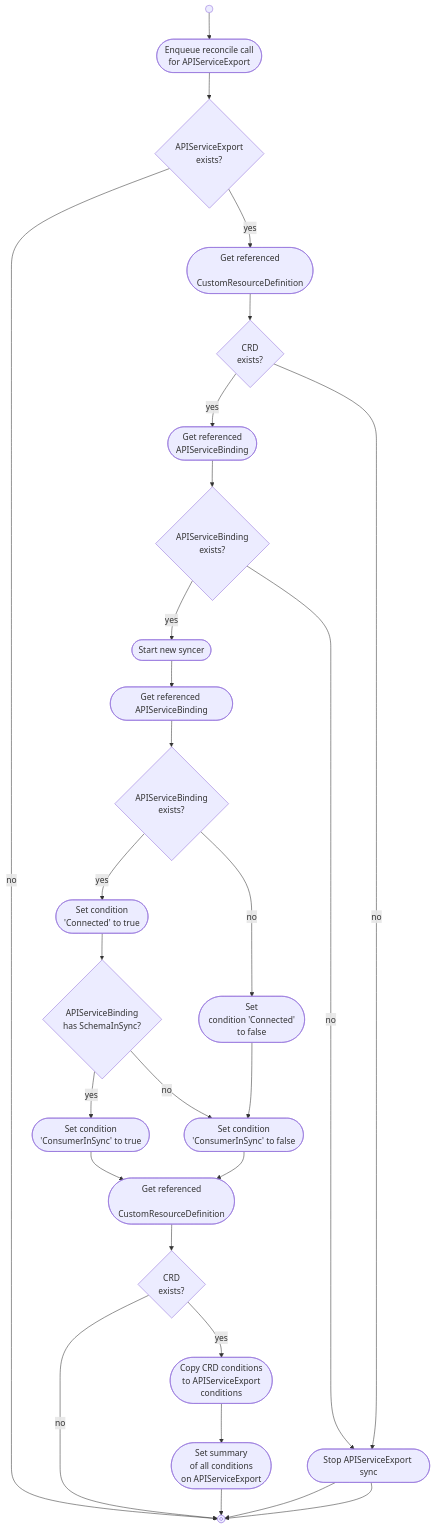
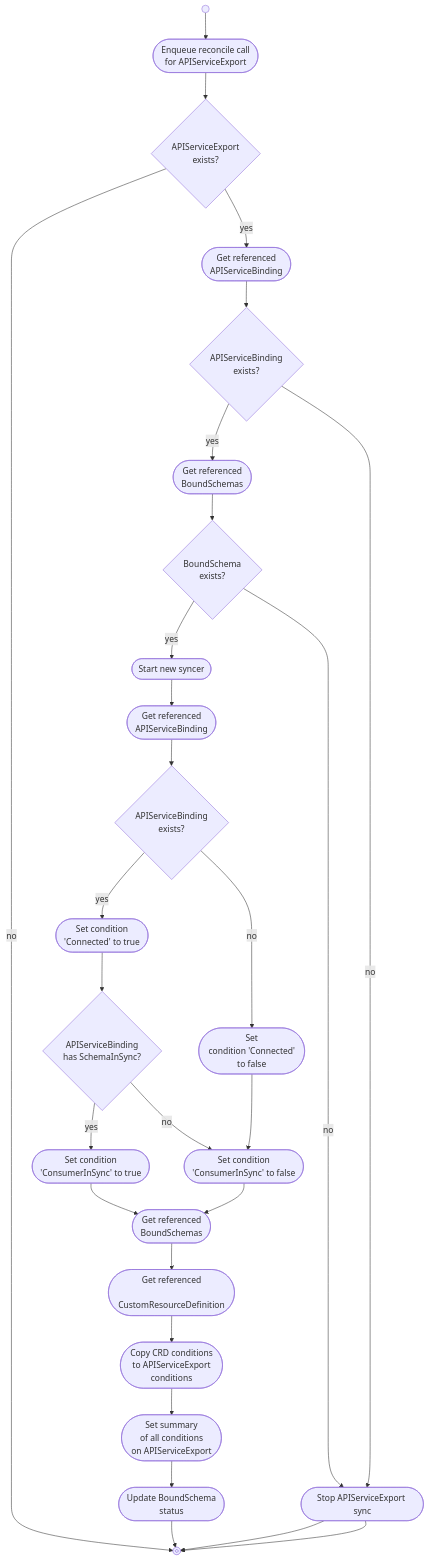
One commit to kube-bind/kube-bind changed the diagram in docs/content/developers/konnector/controllers/cluster/apiserviceexport.md. Above: the diagram before and after it, drawn with Mermaid. The commit also changed 3 other files, not shown here.

````diff
--- a/docs/content/developers/konnector/controllers/cluster/apiserviceexport.md
+++ b/docs/content/developers/konnector/controllers/cluster/apiserviceexport.md
@@ -29,19 +29,20 @@
     for APIServiceExport"])
     is_apiserviceexport_present{"APIServiceExport<br>exists?"}
 
-    get_crd(["Get referenced
-    CustomResourceDefinition"])
-    get_crd2(["Get referenced
-    CustomResourceDefinition"])
-
-    is_crd_present{"CRD<br>exists?"}
-    is_crd_present2{"CRD<br>exists?"}
+    get_bound_schemas(["Get referenced
+    BoundSchemas"])
+    get_bound_schemas2(["Get referenced
+    BoundSchemas"])
+    is_bound_schema_present{"BoundSchema<br>exists?"}
+    update_bound_schema(["Update BoundSchema
+    status"])
 
     stop_apiserviceexport_sync(["Stop APIServiceExport sync"])
 
     get_binding(["Get referenced
     APIServiceBinding"])
-    get_binding2(["Get referenced APIServiceBinding"])
+    get_binding2(["Get referenced
+    APIServiceBinding"])
 
     is_binding_present{"APIServiceBinding<br>exists?"}
     is_binding_present2{"APIServiceBinding<br>exists?"}
@@ -59,6 +60,8 @@
     set_apiserviceexport_condition_consumerinsync_to_false(["Set condition
     'ConsumerInSync' to false"])
 
+    get_crd(["Get referenced
+    CustomResourceDefinition"])
     copy_crd_conditions(["Copy CRD conditions
     to APIServiceExport
     conditions"])
@@ -71,15 +74,16 @@
     start --> enqueue_reconcile
     enqueue_reconcile --> is_apiserviceexport_present
     is_apiserviceexport_present --> |no| stop
-    is_apiserviceexport_present --> |yes| get_crd
-    get_crd --> is_crd_present
-    is_crd_present --> |yes| get_binding
-    is_crd_present --> |no| stop_apiserviceexport_sync
+    is_apiserviceexport_present --> |yes| get_binding
+
+    get_binding --> is_binding_present
+    is_binding_present --> |yes| get_bound_schemas
+    is_binding_present --> |no| stop_apiserviceexport_sync
     stop_apiserviceexport_sync --> stop
 
-    get_binding --> is_binding_present
-    is_binding_present --> |yes| start_new_syncer
-    is_binding_present --> |no| stop_apiserviceexport_sync
+    get_bound_schemas --> is_bound_schema_present
+    is_bound_schema_present --> |yes| start_new_syncer
+    is_bound_schema_present --> |no| stop_apiserviceexport_sync
     stop_apiserviceexport_sync --> stop
 
     start_new_syncer --> get_binding2
@@ -89,13 +93,13 @@
     set_apiserviceexport_condition_connected_to_false --> set_apiserviceexport_condition_consumerinsync_to_false
     set_apiserviceexport_condition_connected_to_true --> is_binding_schemainsync
     is_binding_schemainsync --> |yes| set_apiserviceexport_condition_consumerinsync_to_true
-    set_apiserviceexport_condition_consumerinsync_to_true --> get_crd2
+    set_apiserviceexport_condition_consumerinsync_to_true --> get_bound_schemas2
     is_binding_schemainsync --> |no| set_apiserviceexport_condition_consumerinsync_to_false
-    set_apiserviceexport_condition_consumerinsync_to_false --> get_crd2
+    set_apiserviceexport_condition_consumerinsync_to_false --> get_bound_schemas2
 
-    get_crd2 --> is_crd_present2
-    is_crd_present2 --> |no| stop
-    is_crd_present2 --> |yes| copy_crd_conditions
+    get_bound_schemas2 --> get_crd
+    get_crd --> copy_crd_conditions
     copy_crd_conditions --> set_summary_condition
-    set_summary_condition --> stop
+    set_summary_condition --> update_bound_schema
+    update_bound_schema --> stop
 ```
````
